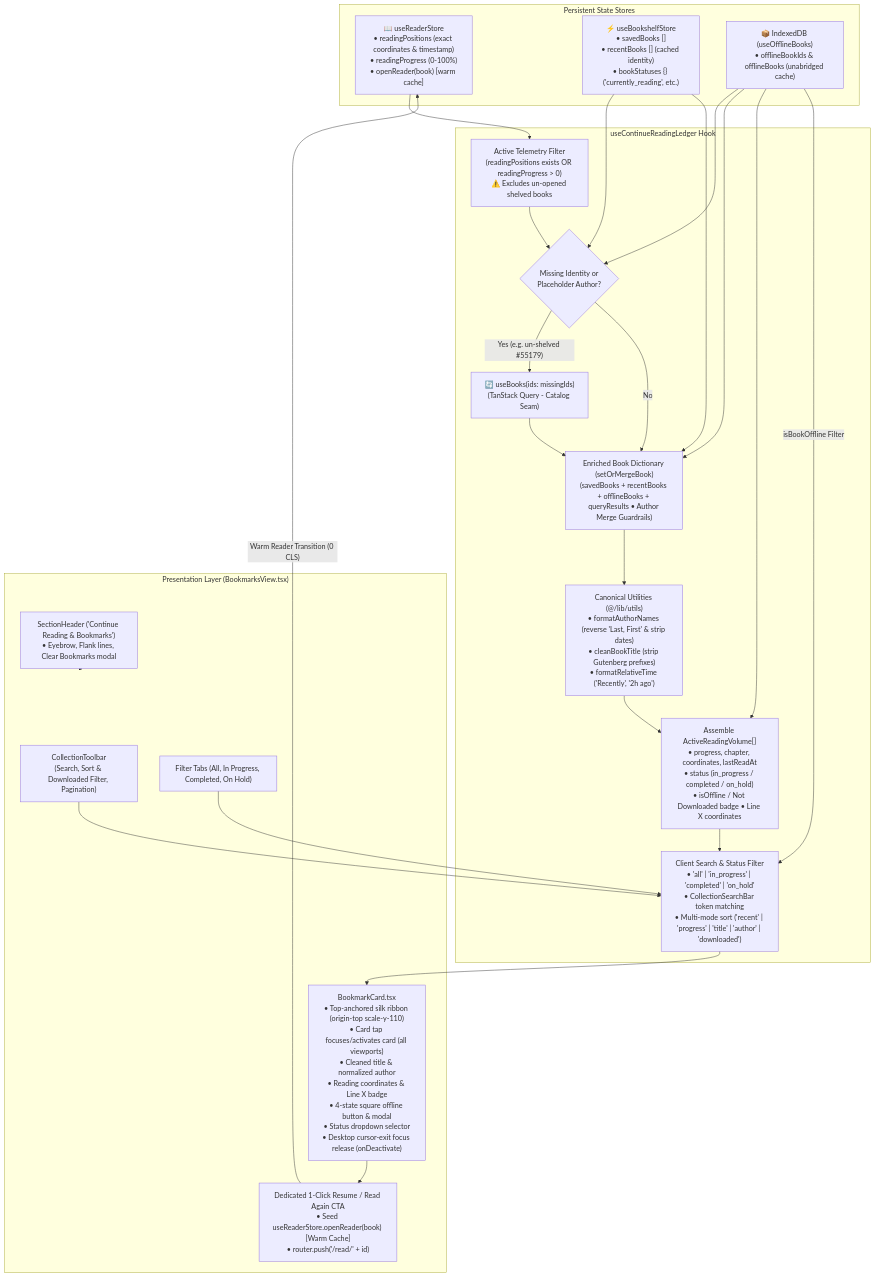
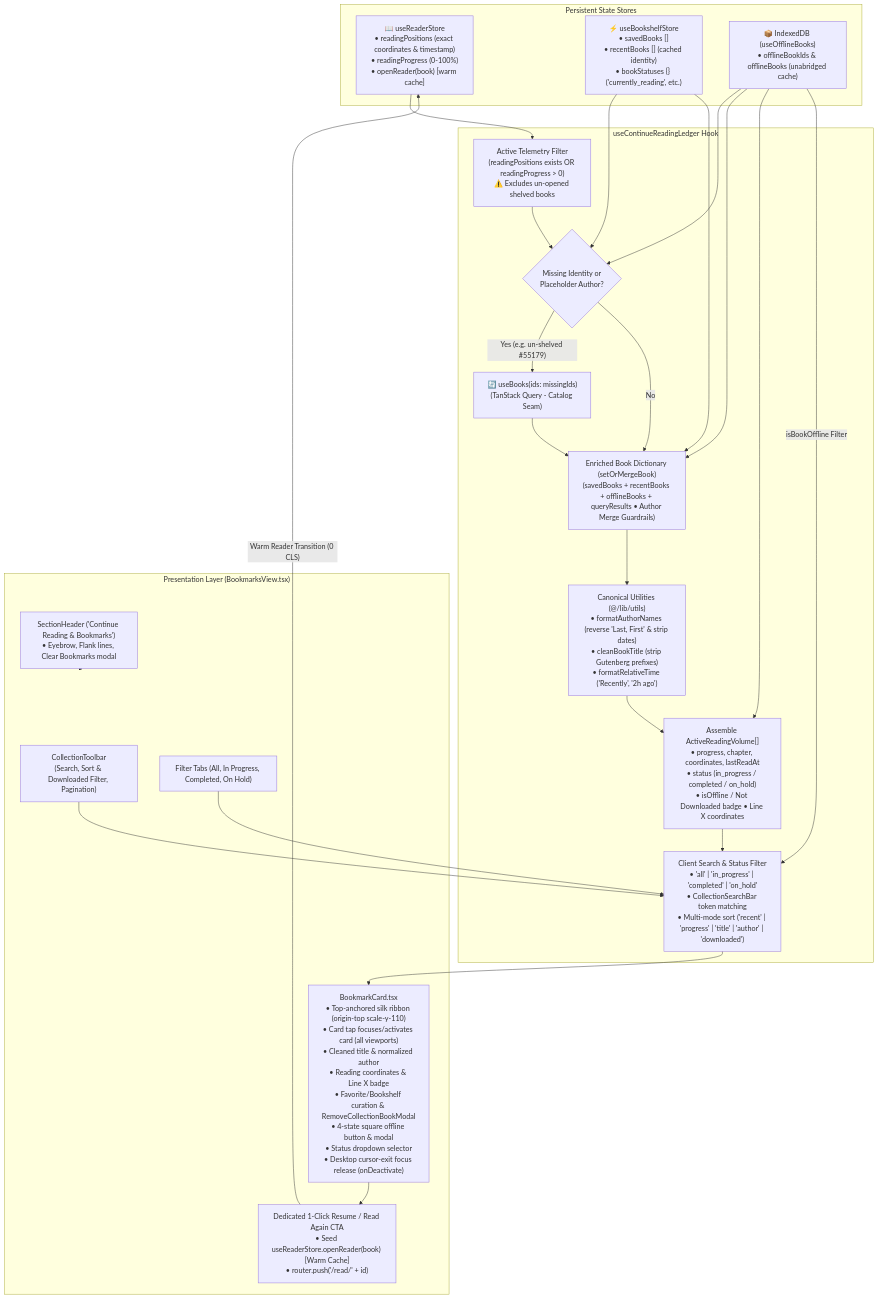
The third of 3 diagrams in README.md (calin-m/Bookarium), drawn with Mermaid before and after one commit. The commit also changed other lines of this file and 78 other files, not shown here.

First line of the commit message:
feat: complete v2.8.1 account security, ui ergonomics, dry domain refactor, and ast testing architecture

````diff
--- a/README.md
+++ b/README.md
@@ -529,47 +529,47 @@
 ```mermaid
 flowchart TD
     subgraph Storage ["Persistent State Stores"]
         RS["📖 useReaderStore\n• readingPositions (exact coordinates & timestamp)\n• readingProgress (0-100%)\n• openReader(book) [warm cache]"]
         BS["⚡ useBookshelfStore\n• savedBooks []\n• recentBooks [] (cached identity)\n• bookStatuses {} ('currently_reading', etc.)"]
         IDB["📦 IndexedDB (useOfflineBooks)\n• offlineBookIds & offlineBooks (unabridged cache)"]
     end
 
     subgraph LedgerHook ["useContinueReadingLedger Hook"]
         FilterActive["Active Telemetry Filter\n(readingPositions exists OR readingProgress > 0)\n⚠️ Excludes un-opened shelved books"]
         MissingCheck{"Missing Identity or\nPlaceholder Author?"}
         QueryMissing["🔄 useBooks(ids: missingIds)\n(TanStack Query - Catalog Seam)"]
         EnrichDict["Enriched Book Dictionary (setOrMergeBook)\n(savedBooks + recentBooks + offlineBooks + queryResults • Author Merge Guardrails)"]
         Parser["Canonical Utilities (@/lib/utils)\n• formatAuthorNames (reverse 'Last, First' & strip dates)\n• cleanBookTitle (strip Gutenberg prefixes)\n• formatRelativeTime ('Recently', '2h ago')"]
         Assembly["Assemble ActiveReadingVolume[]\n• progress, chapter, coordinates, lastReadAt\n• status (in_progress / completed / on_hold)\n• isOffline / Not Downloaded badge • Line X coordinates"]
         FilterSort["Client Search & Status Filter\n• 'all' | 'in_progress' | 'completed' | 'on_hold'\n• CollectionSearchBar token matching\n• Multi-mode sort ('recent' | 'progress' | 'title' | 'author' | 'downloaded')"]
     end
 
     subgraph UI ["Presentation Layer (BookmarksView.tsx)"]
         Header["SectionHeader ('Continue Reading & Bookmarks')\n• Eyebrow, Flank lines, Clear Bookmarks modal"]
         Search["CollectionToolbar\n(Search, Sort & Downloaded Filter, Pagination)"]
         Tabs["Filter Tabs (All, In Progress, Completed, On Hold)"]
-        Cards["BookmarkCard.tsx\n• Top-anchored silk ribbon (origin-top scale-y-110)\n• Card tap focuses/activates card (all viewports)\n• Cleaned title & normalized author\n• Reading coordinates & Line X badge\n• 4-state square offline button & modal\n• Status dropdown selector\n• Desktop cursor-exit focus release (onDeactivate)"]
+        Cards["BookmarkCard.tsx\n• Top-anchored silk ribbon (origin-top scale-y-110)\n• Card tap focuses/activates card (all viewports)\n• Cleaned title & normalized author\n• Reading coordinates & Line X badge\n• Favorite/Bookshelf curation & RemoveCollectionBookModal\n• 4-state square offline button & modal\n• Status dropdown selector\n• Desktop cursor-exit focus release (onDeactivate)"]
         ResumeAction["Dedicated 1-Click Resume / Read Again CTA\n• Seed useReaderStore.openReader(book) [Warm Cache]\n• router.push('/read/' + id)"]
     end
 
     RS --> FilterActive
     FilterActive --> MissingCheck
     BS --> MissingCheck
     IDB --> MissingCheck
     MissingCheck -->|"Yes (e.g. un-shelved #55179)"| QueryMissing
     QueryMissing --> EnrichDict
     MissingCheck -->|"No"| EnrichDict
     BS --> EnrichDict
     IDB --> EnrichDict
     EnrichDict --> Parser
     Parser --> Assembly
     IDB --> Assembly
     IDB -->|"isBookOffline Filter"| FilterSort
     Assembly --> FilterSort
     FilterSort --> Cards
     Header --> UI
     Search --> FilterSort
     Tabs --> FilterSort
     Cards --> ResumeAction
     ResumeAction -->|"Warm Reader Transition (0 CLS)"| RS
 ```
````
